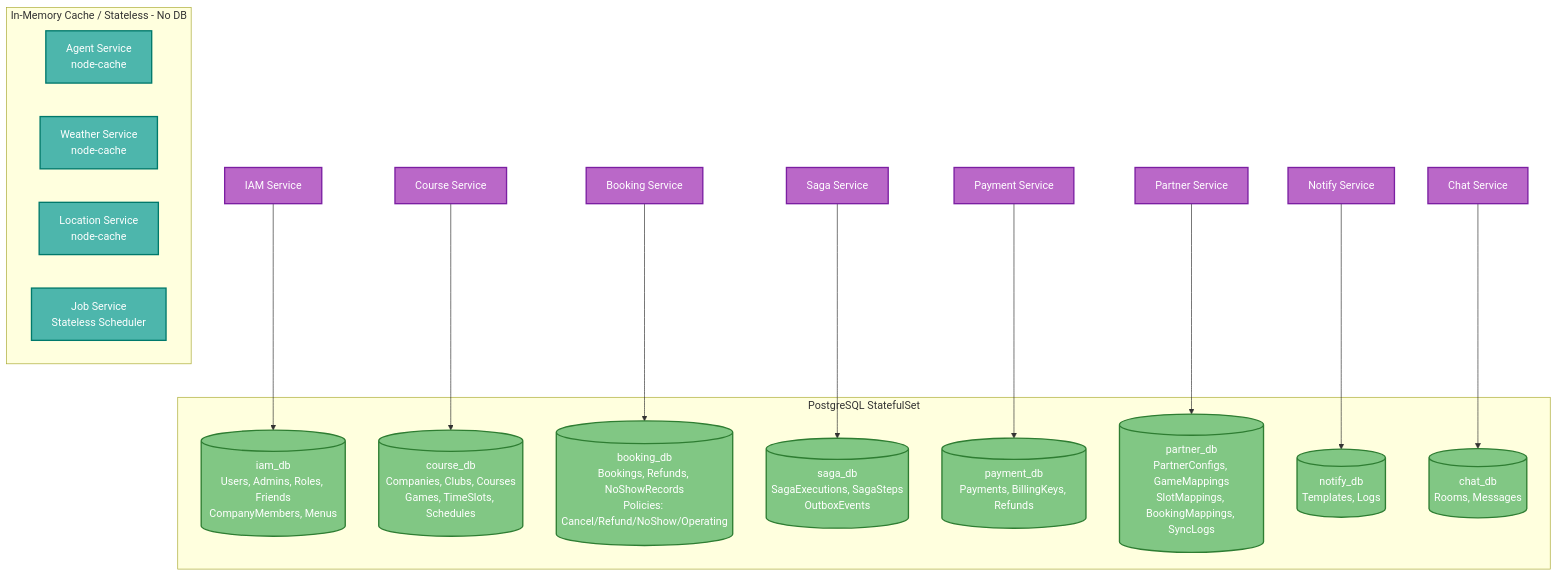
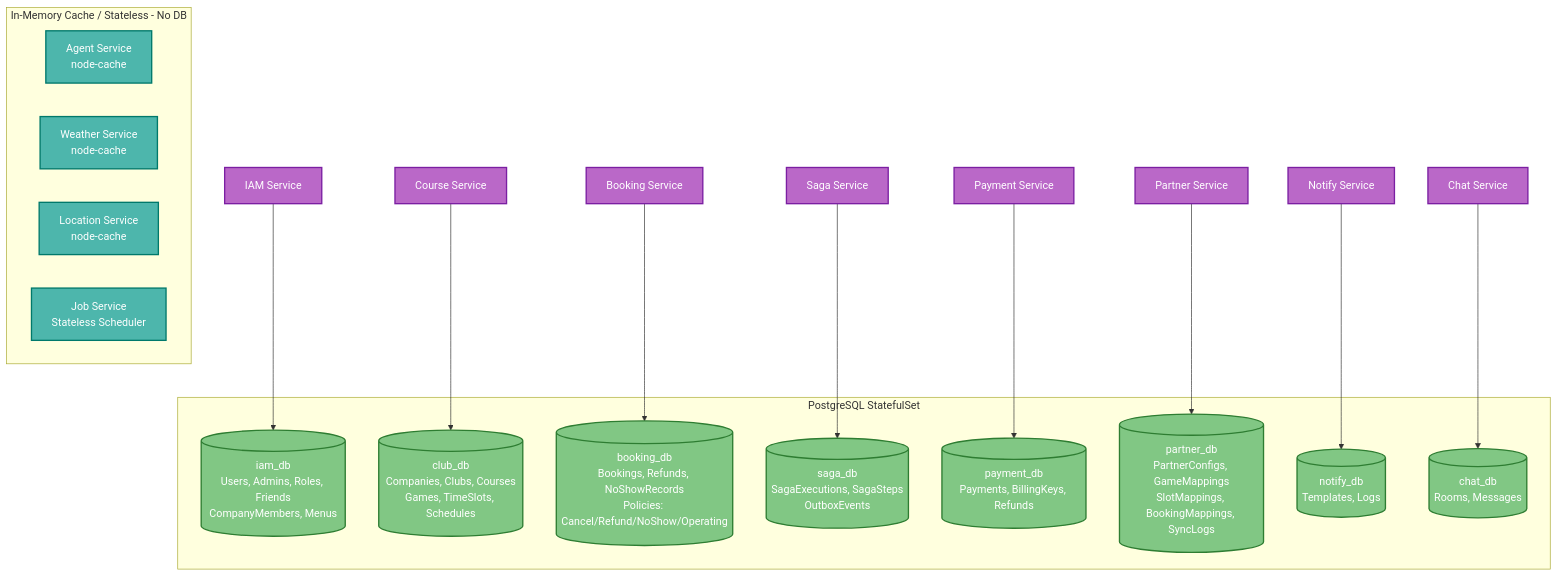
One commit to uniyous/parkgolf-platform changed the fifth of 7 diagrams in docs/architecture/SYSTEM.md. Above: the diagram before and after it, drawn with Mermaid. The commit also changed other lines of this file and 130 other files, not shown here.

First line of the commit message:
refactor(infra): course-service → club-service 풀 리네임 (UNI-80)

````diff
--- a/docs/architecture/SYSTEM.md
+++ b/docs/architecture/SYSTEM.md
@@ -485,42 +485,42 @@
 ```mermaid
 graph TB
   classDef service fill:#ba68c8,stroke:#7b1fa2,stroke-width:2px,color:#fff
   classDef db fill:#81c784,stroke:#2e7d32,stroke-width:2px,color:#fff
   classDef cache fill:#4db6ac,stroke:#00796b,stroke-width:2px,color:#fff
 
   IAM["IAM Service"]:::service
   COURSE["Course Service"]:::service
   BOOK["Booking Service"]:::service
   SAGA["Saga Service"]:::service
   PAY["Payment Service"]:::service
   PARTNER["Partner Service"]:::service
   NOTIFY["Notify Service"]:::service
   CHAT["Chat Service"]:::service
 
   subgraph PostgreSQL["PostgreSQL StatefulSet"]
     IAM_DB[("iam_db<br/>Users, Admins, Roles, Friends<br/>CompanyMembers, Menus")]:::db
-    COURSE_DB[("course_db<br/>Companies, Clubs, Courses<br/>Games, TimeSlots, Schedules")]:::db
+    COURSE_DB[("club_db<br/>Companies, Clubs, Courses<br/>Games, TimeSlots, Schedules")]:::db
     BOOKING_DB[("booking_db<br/>Bookings, Refunds, NoShowRecords<br/>Policies: Cancel/Refund/NoShow/Operating")]:::db
     SAGA_DB[("saga_db<br/>SagaExecutions, SagaSteps<br/>OutboxEvents")]:::db
     PAYMENT_DB[("payment_db<br/>Payments, BillingKeys, Refunds")]:::db
     PARTNER_DB[("partner_db<br/>PartnerConfigs, GameMappings<br/>SlotMappings, BookingMappings, SyncLogs")]:::db
     NOTIFY_DB[("notify_db<br/>Templates, Logs")]:::db
     CHAT_DB[("chat_db<br/>Rooms, Messages")]:::db
   end
 
   IAM --> IAM_DB
   COURSE --> COURSE_DB
   BOOK --> BOOKING_DB
   SAGA --> SAGA_DB
   PAY --> PAYMENT_DB
   PARTNER --> PARTNER_DB
   NOTIFY --> NOTIFY_DB
   CHAT --> CHAT_DB
 
   subgraph NoDB["In-Memory Cache / Stateless - No DB"]
     AGENT["Agent Service<br/>node-cache"]:::cache
     WEATHER["Weather Service<br/>node-cache"]:::cache
     LOCATION["Location Service<br/>node-cache"]:::cache
     JOB["Job Service<br/>Stateless Scheduler"]:::cache
   end
 ```
````
